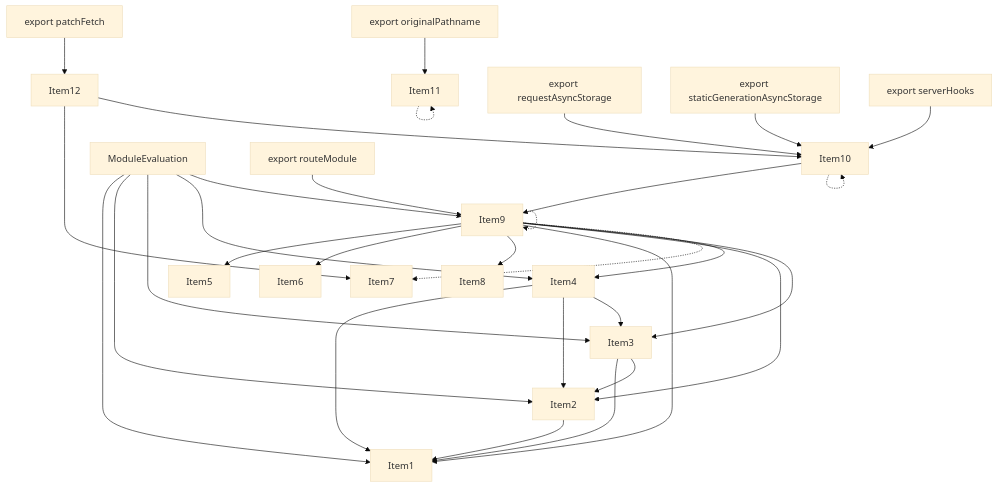
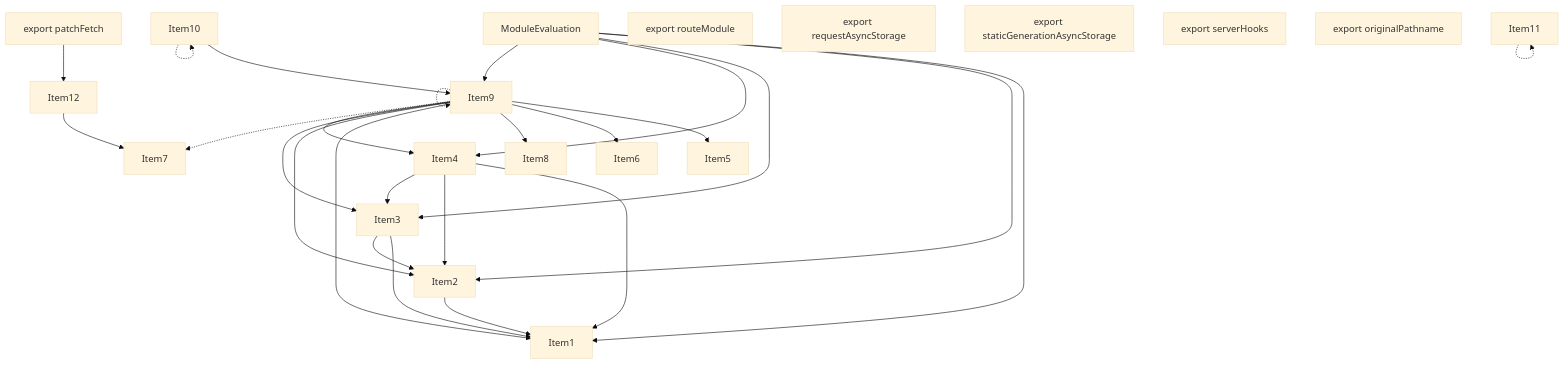
The fourth of 5 diagrams in crates/turbopack-ecmascript/tests/tree-shaker/analyzer/app-route/output.md (vercel/turborepo), drawn with Mermaid (base theme) before and after one commit. The commit also changed other lines of this file and 20 other files, not shown here.

````diff
--- a/crates/turbopack-ecmascript/tests/tree-shaker/analyzer/app-route/output.md
+++ b/crates/turbopack-ecmascript/tests/tree-shaker/analyzer/app-route/output.md
@@ -281,60 +280,54 @@
 ```mermaid
 graph TD
     Item1;
     Item5;
     Item2;
     Item6;
     Item3;
     Item7;
     Item4;
     Item8;
     Item9;
     Item10;
     Item11;
     Item12;
     Item13;
     Item13["ModuleEvaluation"];
     Item14;
     Item14["export routeModule"];
     Item15;
     Item15["export requestAsyncStorage"];
     Item16;
     Item16["export staticGenerationAsyncStorage"];
     Item17;
     Item17["export serverHooks"];
     Item18;
     Item18["export originalPathname"];
     Item19;
     Item19["export patchFetch"];
     Item2 --> Item1;
     Item3 --> Item1;
     Item3 --> Item2;
     Item4 --> Item1;
     Item4 --> Item2;
     Item4 --> Item3;
     Item9 --> Item5;
     Item9 --> Item6;
     Item9 --> Item8;
     Item9 -.-> Item9;
     Item9 --> Item1;
     Item9 --> Item2;
     Item9 --> Item3;
     Item9 --> Item4;
     Item9 -.-> Item7;
     Item10 --> Item9;
     Item10 -.-> Item10;
     Item11 -.-> Item11;
     Item12 --> Item7;
-    Item12 --> Item10;
     Item13 --> Item1;
     Item13 --> Item2;
     Item13 --> Item3;
     Item13 --> Item4;
     Item13 --> Item9;
-    Item14 --> Item9;
-    Item15 --> Item10;
-    Item16 --> Item10;
-    Item17 --> Item10;
-    Item18 --> Item11;
     Item19 --> Item12;
 ```
````
